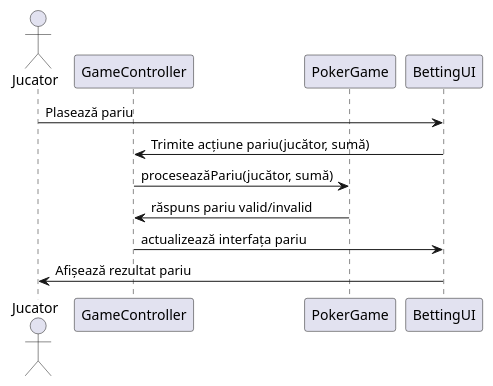
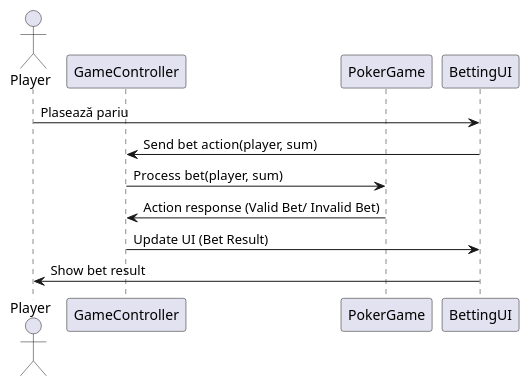
The diagram in docs/SequenceDiagram.puml (Broski-Corporation/Broski-Poker), drawn with PlantUML before and after one commit. The commit also changed 3 other files, not shown here.

```diff
--- a/docs/SequenceDiagram.puml
+++ b/docs/SequenceDiagram.puml
@@ -1,14 +1,14 @@
 @startuml
-actor Jucator
+actor Player
 participant "GameController" as GC
 participant "PokerGame" as Game
 participant "BettingUI" as UI
 
-Jucator -> UI : Plasează pariu
-UI -> GC : Trimite acțiune pariu(jucător, sumă)
-GC -> Game : proceseazăPariu(jucător, sumă)
-Game -> GC : răspuns pariu valid/invalid
-GC -> UI : actualizează interfața pariu
-UI -> Jucator : Afișează rezultat pariu
+Player -> UI : Plasează pariu
+UI -> GC : Send bet action(player, sum)
+GC -> Game : Process bet(player, sum)
+Game -> GC : Action response (Valid Bet/ Invalid Bet)
+GC -> UI : Update UI (Bet Result)
+UI -> Player : Show bet result
 
 @enduml
```
